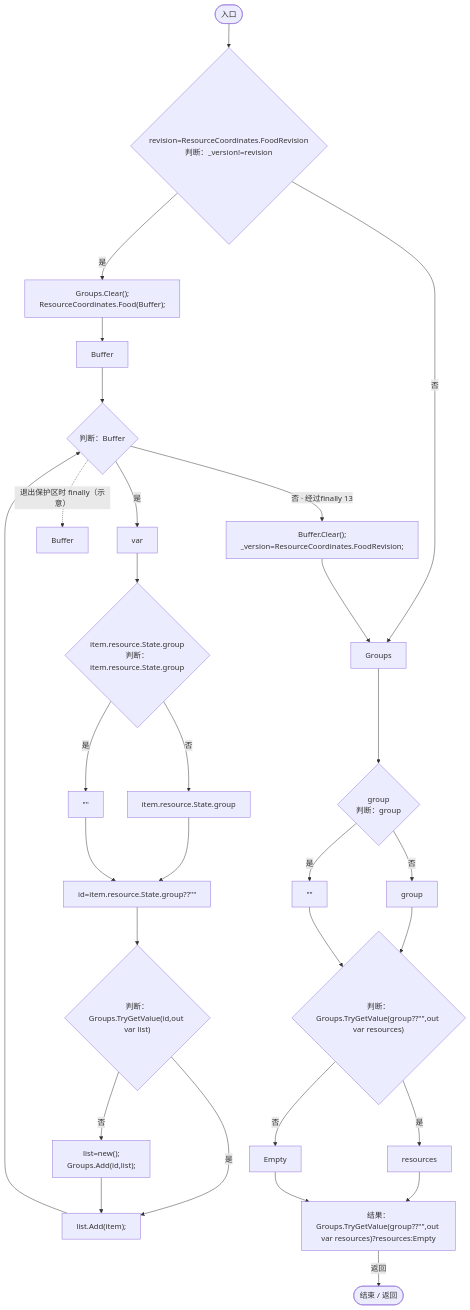
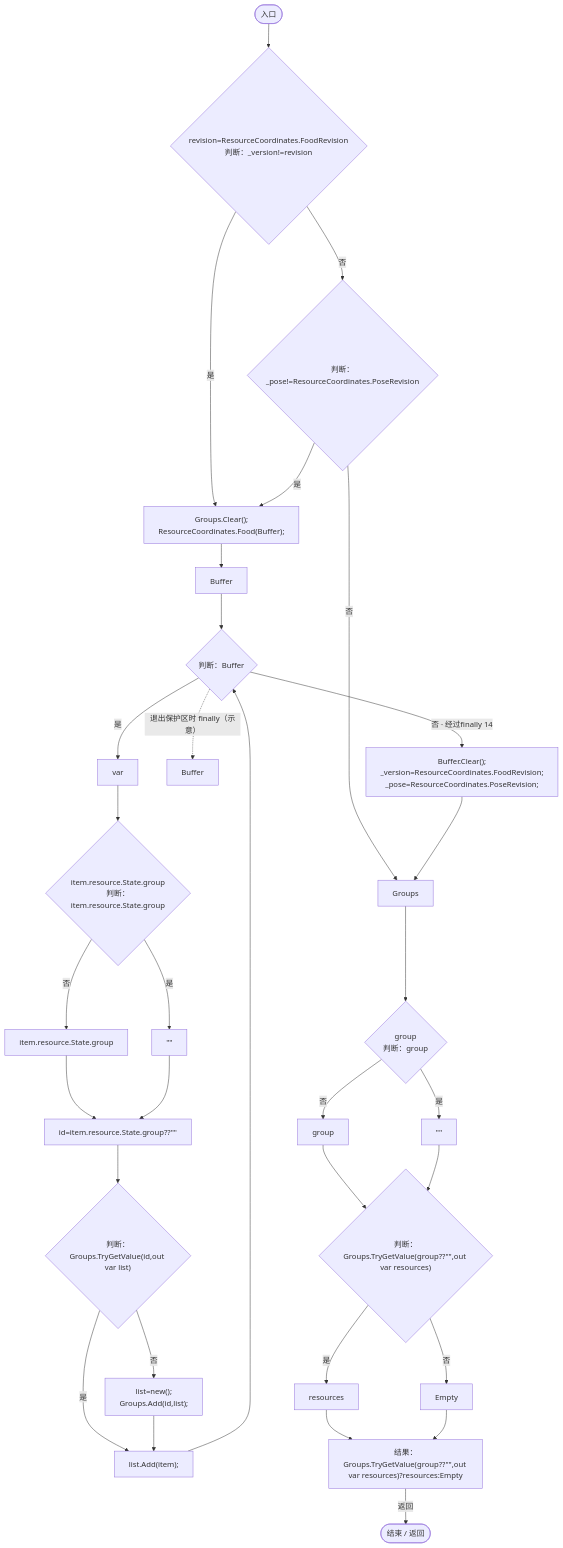
Before and after one commit to xhs6666/Darwin_paradise: the first of 7 diagrams in Docs/运行流程图/脚本/97a3c8522367343a.md, drawn with Mermaid. The commit also changed other lines of this file and 297 other files, not shown here.

````diff
--- a/Docs/运行流程图/脚本/97a3c8522367343a.md
+++ b/Docs/运行流程图/脚本/97a3c8522367343a.md
@@ -19,57 +19,60 @@
 ```mermaid
 flowchart TD
   b0(["入口"])
   b1{"revision=ResourceCoordinates.FoodRevision<br/>判断：_version!=revision"}
-  b2["Groups.Clear();<br/>ResourceCoordinates.Food(Buffer);"]
-  b3["Buffer"]
-  b4{"判断：Buffer"}
-  b5["var"]
-  b6{"item.resource.State.group<br/>判断：item.resource.State.group"}
-  b7["item.resource.State.group"]
-  b8["&quot;&quot;"]
-  b9["id=item.resource.State.group??&quot;&quot;"]
-  b10{"判断：Groups.TryGetValue(id,out var list)"}
-  b11["list=new();<br/>Groups.Add(id,list);"]
-  b12["list.Add(item);"]
-  b13["Buffer"]
-  b14["Buffer.Clear();<br/>_version=ResourceCoordinates.FoodRevision;"]
-  b15["Groups"]
-  b16{"group<br/>判断：group"}
-  b17["group"]
-  b18["&quot;&quot;"]
-  b19{"判断：Groups.TryGetValue(group??&quot;&quot;,out var resources)"}
-  b20["resources"]
-  b21["Empty"]
-  b22["结果：Groups.TryGetValue(group??&quot;&quot;,out var resources)?resources:Empty"]
-  b23(["结束 / 返回"])
+  b2{"判断：_pose!=ResourceCoordinates.PoseRevision"}
+  b3["Groups.Clear();<br/>ResourceCoordinates.Food(Buffer);"]
+  b4["Buffer"]
+  b5{"判断：Buffer"}
+  b6["var"]
+  b7{"item.resource.State.group<br/>判断：item.resource.State.group"}
+  b8["item.resource.State.group"]
+  b9["&quot;&quot;"]
+  b10["id=item.resource.State.group??&quot;&quot;"]
+  b11{"判断：Groups.TryGetValue(id,out var list)"}
+  b12["list=new();<br/>Groups.Add(id,list);"]
+  b13["list.Add(item);"]
+  b14["Buffer"]
+  b15["Buffer.Clear();<br/>_version=ResourceCoordinates.FoodRevision;<br/>_pose=ResourceCoordinates.PoseRevision;"]
+  b16["Groups"]
+  b17{"group<br/>判断：group"}
+  b18["group"]
+  b19["&quot;&quot;"]
+  b20{"判断：Groups.TryGetValue(group??&quot;&quot;,out var resources)"}
+  b21["resources"]
+  b22["Empty"]
+  b23["结果：Groups.TryGetValue(group??&quot;&quot;,out var resources)?resources:Empty"]
+  b24(["结束 / 返回"])
   b0 --> b1
-  b1 -->|"是"| b2
-  b1 -->|"否"| b15
-  b2 --> b3
+  b1 -->|"否"| b2
+  b1 -->|"是"| b3
+  b2 -->|"是"| b3
+  b2 -->|"否"| b16
   b3 --> b4
-  b4 -->|"是"| b5
-  b4 -->|"否 · 经过finally 13"| b14
-  b5 --> b6
-  b6 -->|"否"| b7
-  b6 -->|"是"| b8
-  b7 --> b9
-  b8 --> b9
+  b4 --> b5
+  b5 -->|"是"| b6
+  b5 -->|"否 · 经过finally 14"| b15
+  b6 --> b7
+  b7 -->|"否"| b8
+  b7 -->|"是"| b9
+  b8 --> b10
   b9 --> b10
-  b10 -->|"否"| b11
-  b10 -->|"是"| b12
-  b11 --> b12
-  b12 --> b4
-  b14 --> b15
+  b10 --> b11
+  b11 -->|"否"| b12
+  b11 -->|"是"| b13
+  b12 --> b13
+  b13 --> b5
   b15 --> b16
-  b16 -->|"否"| b17
-  b16 -->|"是"| b18
-  b17 --> b19
-  b18 --> b19
-  b19 -->|"是"| b20
-  b19 -->|"否"| b21
-  b20 --> b22
-  b21 --> b22
-  b22 -->|"返回"| b23
-  b4 -. "退出保护区时 finally（示意）" .-> b13
+  b16 --> b17
+  b17 -->|"否"| b18
+  b17 -->|"是"| b19
+  b18 --> b20
+  b19 --> b20
+  b20 -->|"是"| b21
+  b20 -->|"否"| b22
+  b21 --> b23
+  b22 --> b23
+  b23 -->|"返回"| b24
+  b5 -. "退出保护区时 finally（示意）" .-> b14
 
 ```
````
